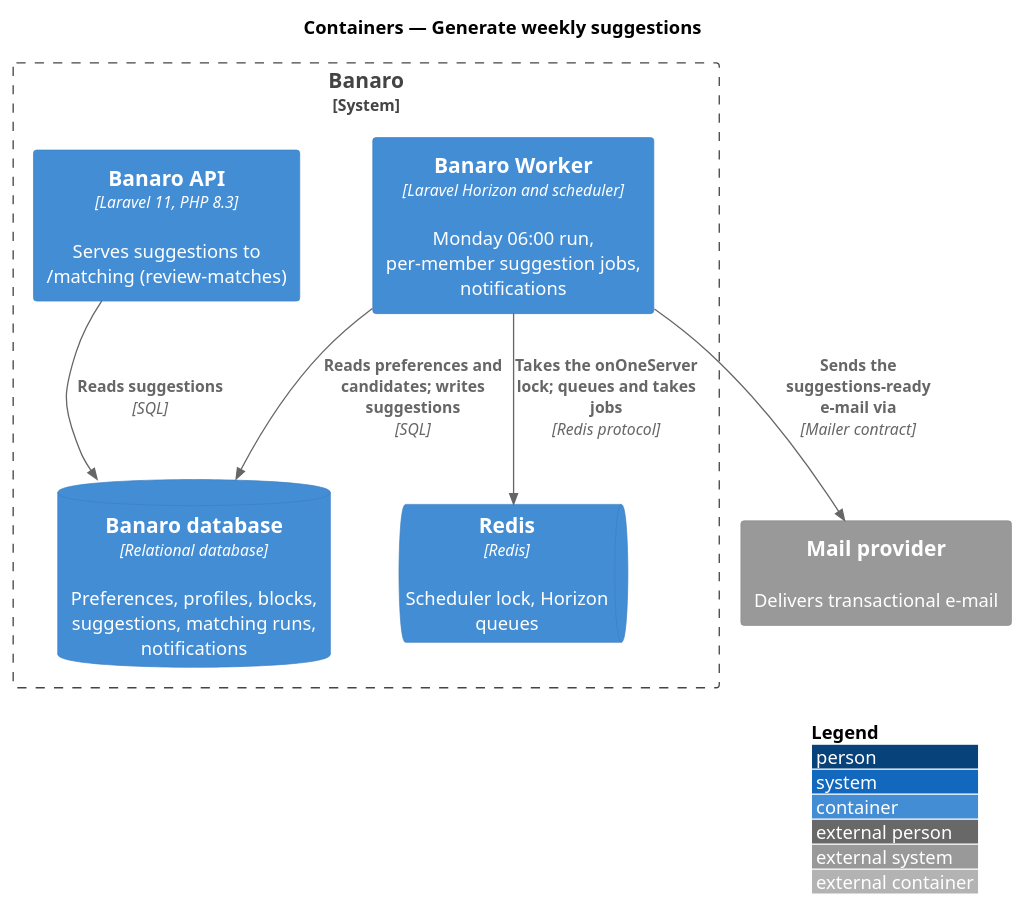
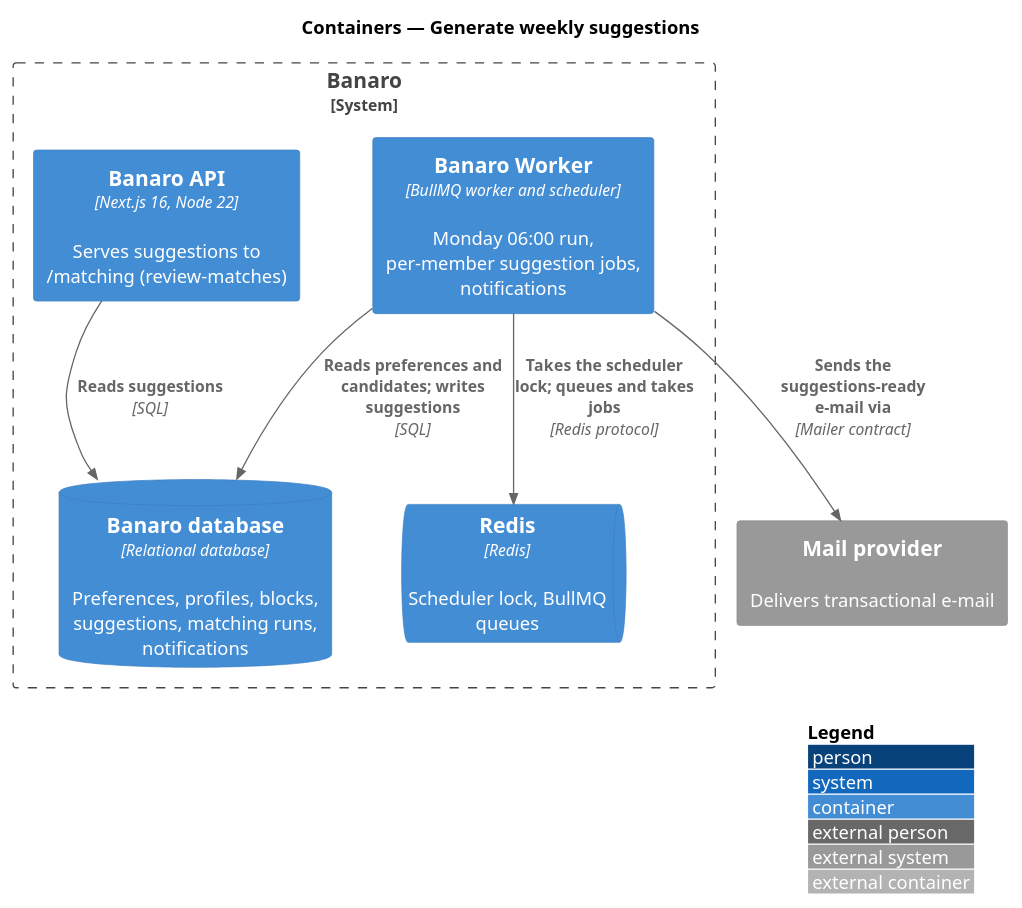
Before and after one commit to QuinntyneBrown/banaro: the diagram in docs/detailed-designs/matching/generate-weekly-suggestions/diagrams/c4-container.puml, drawn with PlantUML. The commit also changed 321 other files, not shown here.

First line of the commit message:
docs(detailed-designs): describe the backend as Next.js on Node (in progress)

```diff
--- a/docs/detailed-designs/matching/generate-weekly-suggestions/diagrams/c4-container.puml
+++ b/docs/detailed-designs/matching/generate-weekly-suggestions/diagrams/c4-container.puml
@@ -1,19 +1,19 @@
 @startuml
 !include <C4/C4_Container>
 LAYOUT_WITH_LEGEND()
 title Containers — Generate weekly suggestions
 
 System_Ext(mail, "Mail provider", "Delivers transactional e-mail")
 
 System_Boundary(banaro, "Banaro") {
-  Container(worker, "Banaro Worker", "Laravel Horizon and scheduler", "Monday 06:00 run, per-member suggestion jobs, notifications")
+  Container(worker, "Banaro Worker", "BullMQ worker and scheduler", "Monday 06:00 run, per-member suggestion jobs, notifications")
   ContainerDb(db, "Banaro database", "Relational database", "Preferences, profiles, blocks, suggestions, matching runs, notifications")
-  ContainerQueue(redis, "Redis", "Redis", "Scheduler lock, Horizon queues")
-  Container(api, "Banaro API", "Laravel 11, PHP 8.3", "Serves suggestions to /matching (review-matches)")
+  ContainerQueue(redis, "Redis", "Redis", "Scheduler lock, BullMQ queues")
+  Container(api, "Banaro API", "Next.js 16, Node 22", "Serves suggestions to /matching (review-matches)")
 }
 
-Rel(worker, redis, "Takes the onOneServer lock; queues and takes jobs", "Redis protocol")
+Rel(worker, redis, "Takes the scheduler lock; queues and takes jobs", "Redis protocol")
 Rel(worker, db, "Reads preferences and candidates; writes suggestions", "SQL")
 Rel(worker, mail, "Sends the suggestions-ready e-mail via", "Mailer contract")
 Rel(api, db, "Reads suggestions", "SQL")
 @enduml
```
